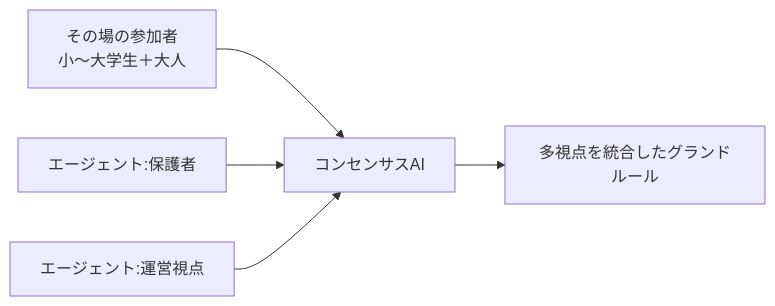
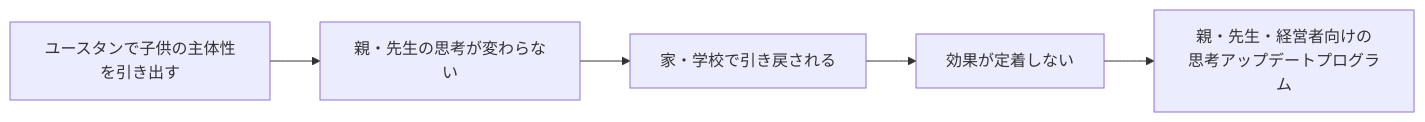
One commit to VOMOYA/planetary-learning-mtg-reports changed the seventh of 10 diagrams in プラネタリーラーニング運営MTG_20260604.md. Above: the diagram before and after it, drawn with Mermaid. The commit also changed other lines of this file, not shown here.

````diff
--- a/プラネタリーラーニング運営MTG_20260604.md
+++ b/プラネタリーラーニング運営MTG_20260604.md
@@ -137,7 +291,7 @@
 ```mermaid
 graph LR
-  A[その場の参加者<br/>小〜大学生＋大人] --> X[コンセンサスAI]
-  B[エージェント:保護者] --> X
-  C[エージェント:運営視点] --> X
-  X --> Y[多視点を統合したグランドルール]
+  A[ユースタンで子供の主体性を引き出す] --> B[親・先生の思考が変わらない]
+  B --> C[家・学校で引き戻される]
+  C --> D[効果が定着しない]
+  D --> E[親・先生・経営者向けの<br/>思考アップデートプログラム]
 ```
````
